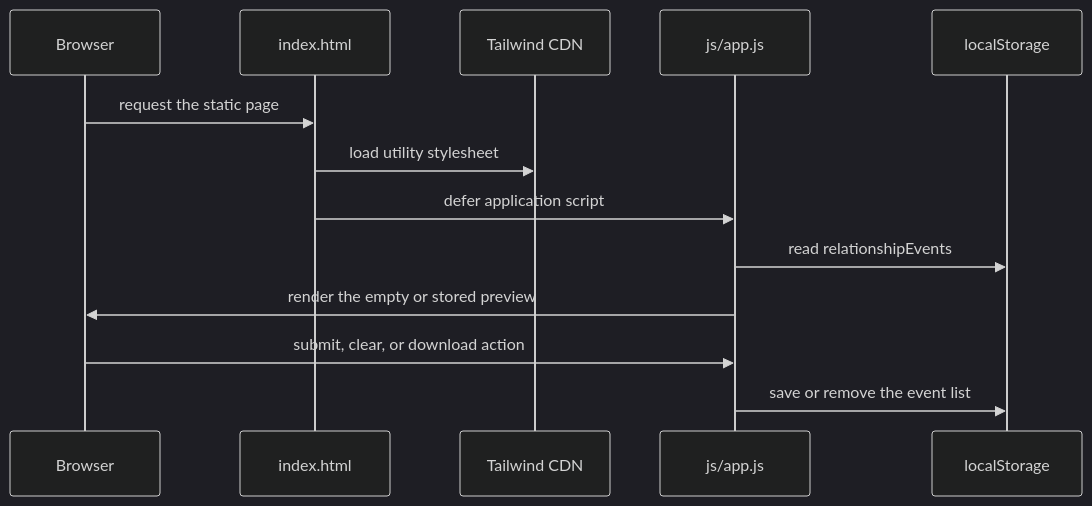
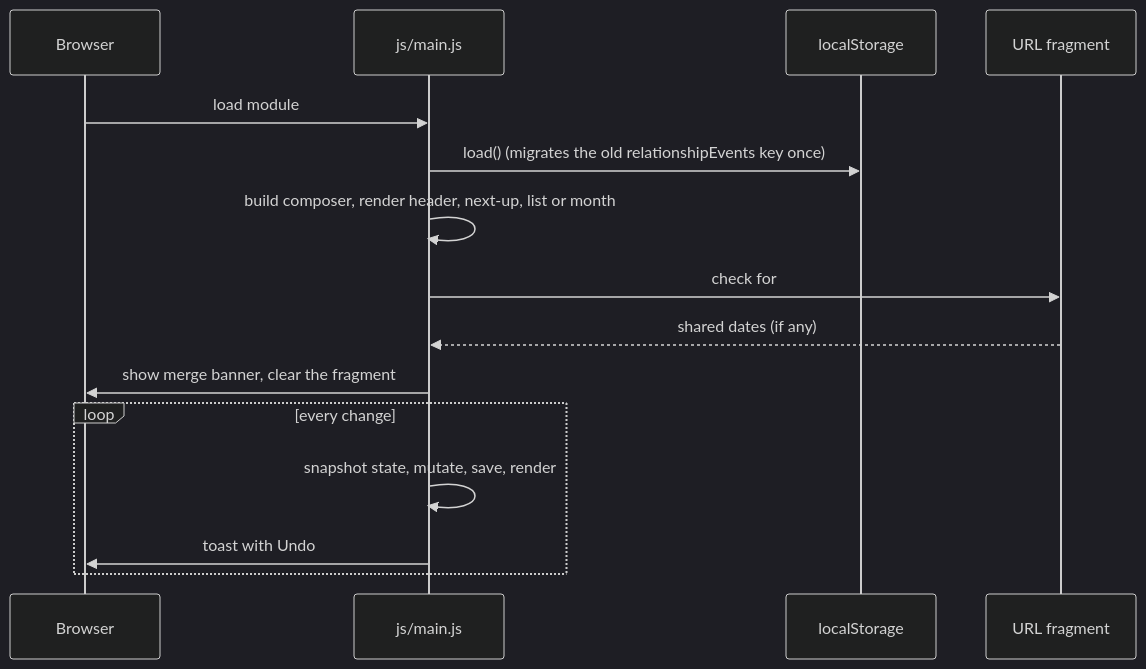
The diagram in docs/app-shell.md (Bissbert/relationship-calendar), drawn with Mermaid (dark theme) before and after one commit. The commit also changed other lines of this file and 39 other files, not shown here.

````diff
--- a/docs/app-shell.md
+++ b/docs/app-shell.md
@@ -12,16 +13,18 @@
 ```mermaid
 sequenceDiagram
     participant B as Browser
-    participant H as index.html
-    participant T as Tailwind CDN
-    participant A as js/app.js
+    participant M as js/main.js
     participant S as localStorage
+    participant U as URL fragment
 
-    B->>H: request the static page
-    H->>T: load utility stylesheet
-    H->>A: defer application script
-    A->>S: read relationshipEvents
-    A->>B: render the empty or stored preview
-    B->>A: submit, clear, or download action
-    A->>S: save or remove the event list
+    B->>M: load module
+    M->>S: load() (migrates the old relationshipEvents key once)
+    M->>M: build composer, render header, next-up, list or month
+    M->>U: check for #share=…
+    U-->>M: shared dates (if any)
+    M->>B: show merge banner, clear the fragment
+    loop every change
+        M->>M: snapshot state, mutate, save, render
+        M->>B: toast with Undo
+    end
 ```
````
